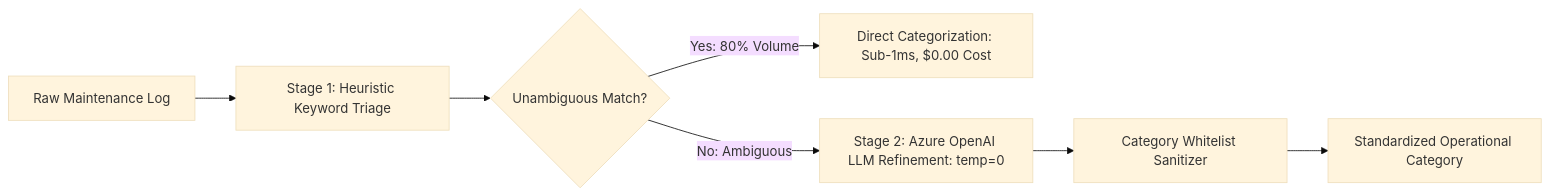
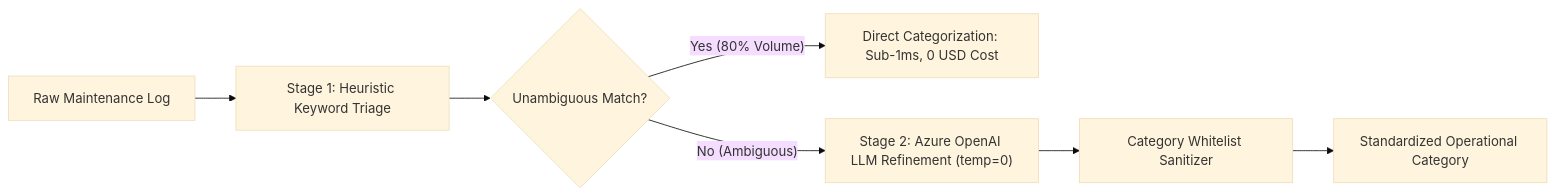
One commit to Dylanzsnut/Dyce changed the third of 4 diagrams in README.md. Above: the diagram before and after it, drawn with Mermaid (base theme). The commit also changed other lines of this file and 7 other files, not shown here.

Commit message:
fix(docs): align 9-column matrix header, quote Mermaid labels, and track .env.example templates

````diff
--- a/README.md
+++ b/README.md
@@ -213,9 +213,9 @@
 ```mermaid
 flowchart LR
-    A[Raw Maintenance Log] --> B[Stage 1: Heuristic Keyword Triage]
-    B --> C{Unambiguous Match?}
-    C -->|Yes: 80% Volume| D[Direct Categorization: Sub-1ms, $0.00 Cost]
-    C -->|No: Ambiguous| E[Stage 2: Azure OpenAI LLM Refinement: temp=0]
-    E --> F[Category Whitelist Sanitizer]
-    F --> G[Standardized Operational Category]
+    A["Raw Maintenance Log"] --> B["Stage 1: Heuristic Keyword Triage"]
+    B --> C{"Unambiguous Match?"}
+    C -->|"Yes (80% Volume)"| D["Direct Categorization: Sub-1ms, 0 USD Cost"]
+    C -->|"No (Ambiguous)"| E["Stage 2: Azure OpenAI LLM Refinement (temp=0)"]
+    E --> F["Category Whitelist Sanitizer"]
+    F --> G["Standardized Operational Category"]
 ```
````
